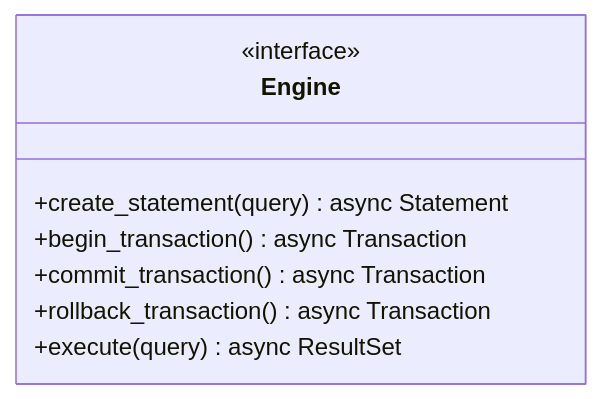
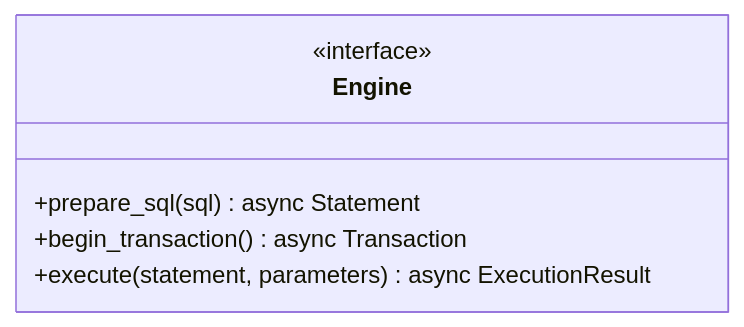
Before and after one commit to adityarao2005/database: the fourth of 4 diagrams in docs/design/README.md, drawn with Mermaid. The commit also changed other lines of this file and 5 other files, not shown here.

Commit message:
feat: implement support for positional parameters in SQL queries, including lexer, parser, and expression updates

````diff
--- a/docs/design/README.md
+++ b/docs/design/README.md
@@ -127,15 +165,13 @@
 ```mermaid
 classDiagram
     class Engine {
         <<interface>>
 
         %% statement and transactional
-        +create_statement(query) async Statement
+        +prepare_sql(sql) async Statement
         +begin_transaction() async Transaction
-        +commit_transaction() async Transaction
-        +rollback_transaction() async Transaction
 
         %% dml
-        +execute(query) async ResultSet
+        +execute(statement, parameters) async ExecutionResult
     }
 ```
````
